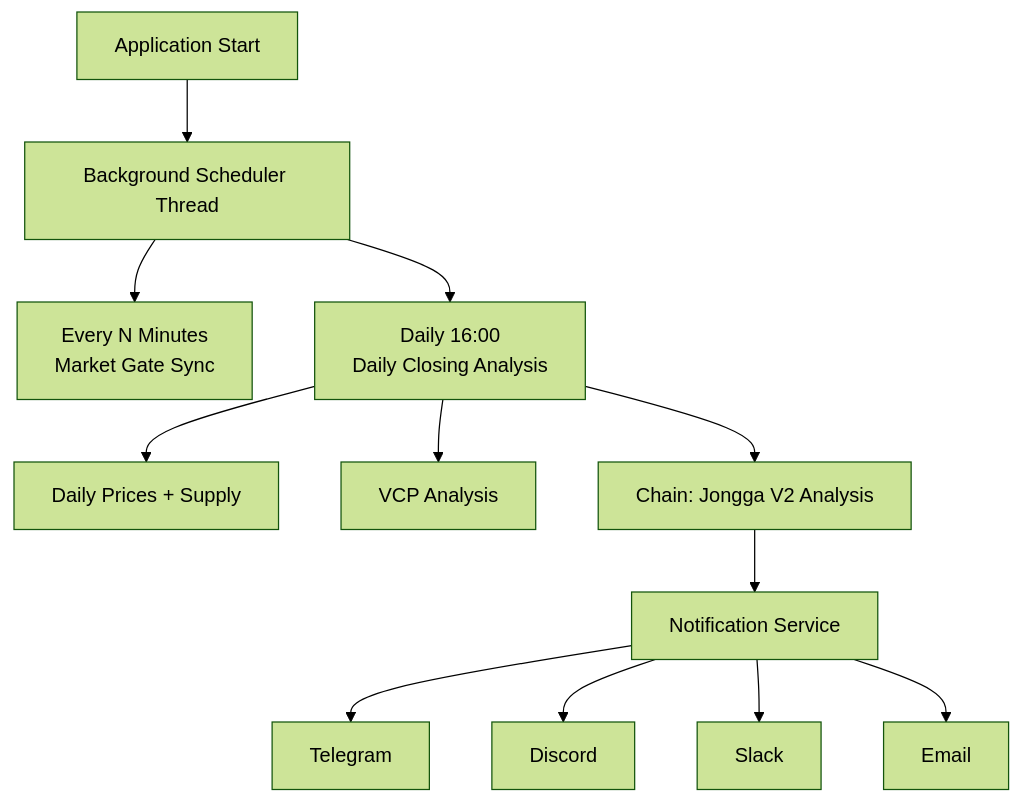
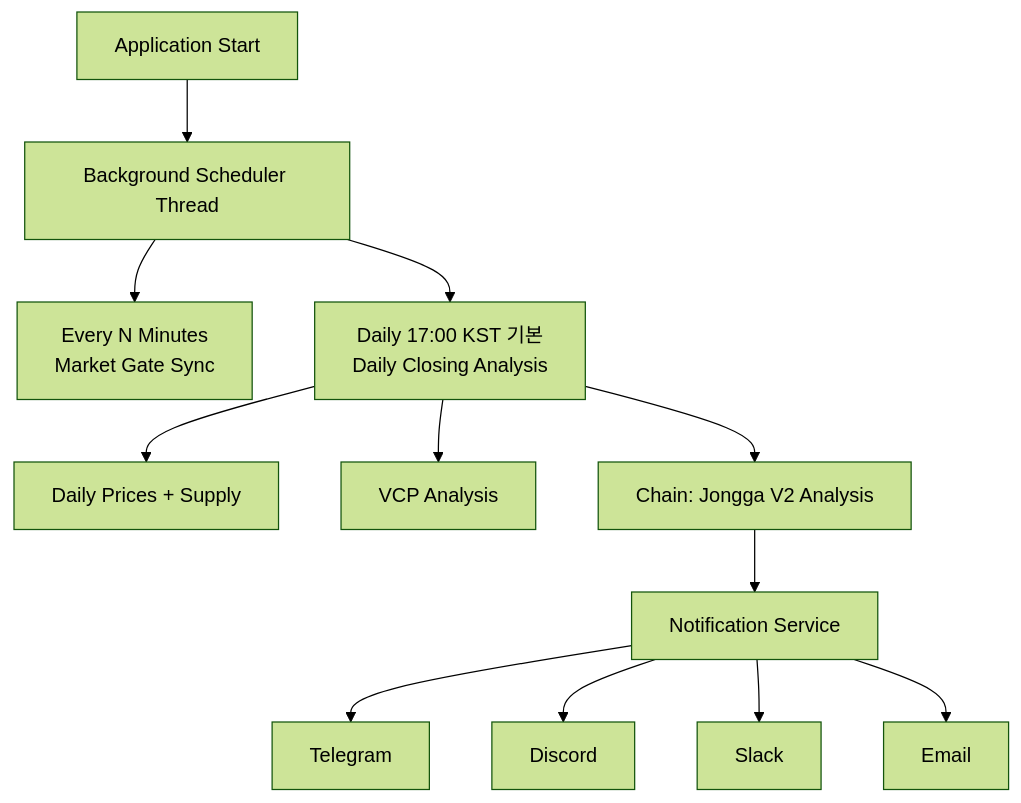
Before and after one commit to freelife1191/closing-bet-demo: the fifth of 6 diagrams in README.md, drawn with Mermaid (forest theme). The commit also changed other lines of this file, not shown here.

````diff
--- a/README.md
+++ b/README.md
@@ -1419,14 +1471,14 @@
 ```mermaid
 graph TD
     A[Application Start] --> B[Background Scheduler Thread]
     B --> C[Every N Minutes<br>Market Gate Sync]
-    B --> D[Daily 16:00<br>Daily Closing Analysis]
+    B --> D[Daily 17:00 KST 기본<br>Daily Closing Analysis]
     D --> E[Daily Prices + Supply]
     D --> F[VCP Analysis]
     D --> G[Chain: Jongga V2 Analysis]
     G --> I[Notification Service]
     I --> J[Telegram]
     I --> K[Discord]
     I --> L[Slack]
     I --> M[Email]
 ```
````
